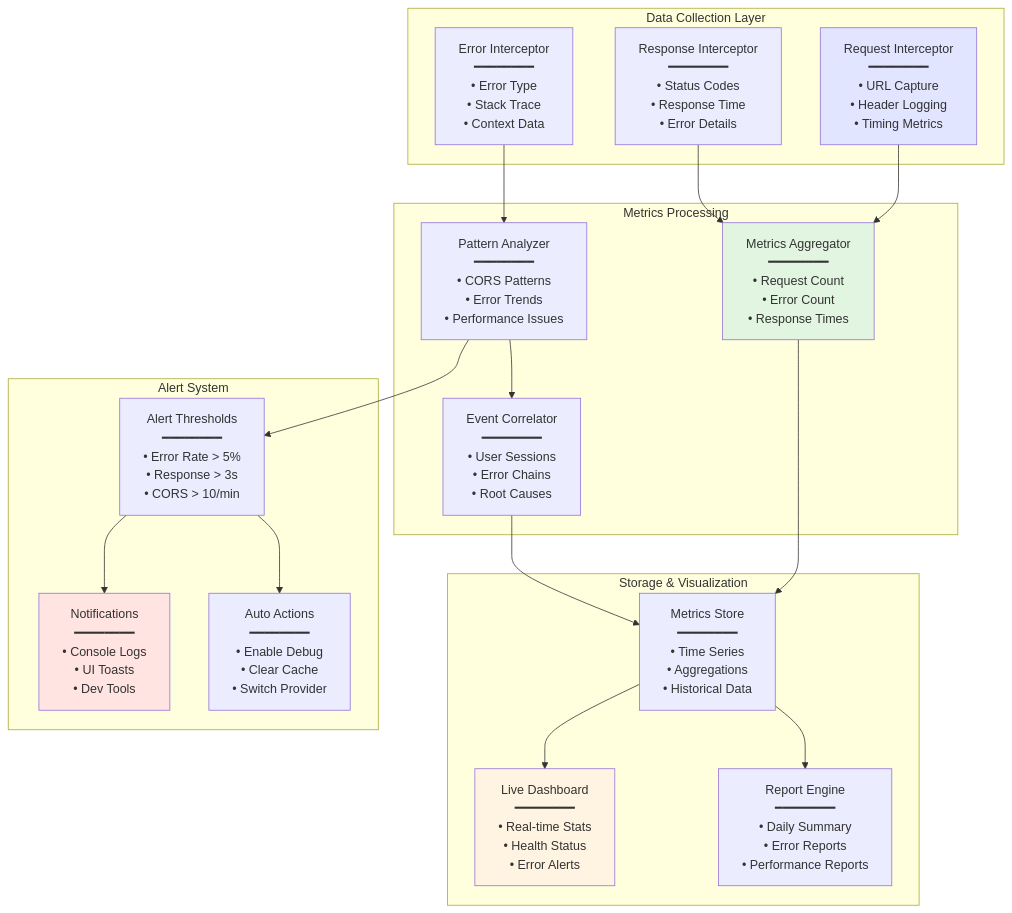
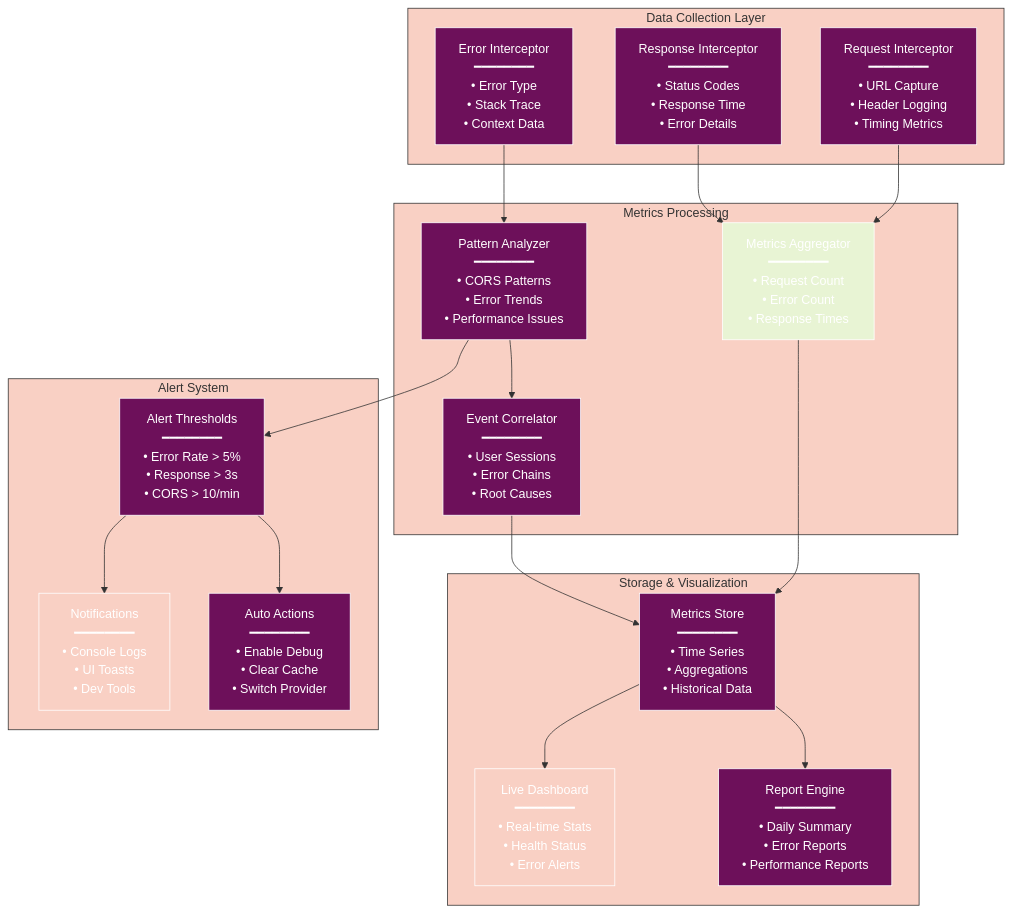
Before and after one commit to radicalkjax/Athena: diagram 15 of 22 in docs/API_CORS_HANDLING.md, drawn with Mermaid. The commit also changed other lines of this file and 27 other files, not shown here.

Commit message:
Introduction of expo package manager. Updated docs to reflect changes. Unified mermaid theme for docs.

````diff
--- a/docs/API_CORS_HANDLING.md
+++ b/docs/API_CORS_HANDLING.md
@@ -853,46 +1147,67 @@
 ```mermaid
+%%{init: {
+  'theme': 'base',
+  'themeVariables': {
+    'primaryColor': '#6d105a',
+    'primaryTextColor': '#ffffff',
+    'primaryBorderColor': '#ffffff',
+    'lineColor': '#333333',
+    'secondaryColor': '#e8f4d4',
+    'secondaryTextColor': '#333333',
+    'secondaryBorderColor': '#333333',
+    'tertiaryColor': '#f9d0c4',
+    'tertiaryTextColor': '#333333',
+    'tertiaryBorderColor': '#333333',
+    'background': '#ffffff',
+    'mainBkg': '#6d105a',
+    'secondBkg': '#e8f4d4',
+    'tertiaryBkg': '#f9d0c4',
+    'textColor': '#333333',
+    'fontFamily': 'Arial, sans-serif'
+  }
+}}%%
 graph TB
     subgraph "Data Collection Layer"
         ReqInt[Request Interceptor<br/>━━━━━━━━<br/>• URL Capture<br/>• Header Logging<br/>• Timing Metrics]
         ResInt[Response Interceptor<br/>━━━━━━━━<br/>• Status Codes<br/>• Response Time<br/>• Error Details]
         ErrorInt[Error Interceptor<br/>━━━━━━━━<br/>• Error Type<br/>• Stack Trace<br/>• Context Data]
     end
     
     subgraph "Metrics Processing"
         Aggregator[Metrics Aggregator<br/>━━━━━━━━<br/>• Request Count<br/>• Error Count<br/>• Response Times]
         Analyzer[Pattern Analyzer<br/>━━━━━━━━<br/>• CORS Patterns<br/>• Error Trends<br/>• Performance Issues]
         Correlator[Event Correlator<br/>━━━━━━━━<br/>• User Sessions<br/>• Error Chains<br/>• Root Causes]
     end
     
     subgraph "Storage & Visualization"
         MetricsDB[Metrics Store<br/>━━━━━━━━<br/>• Time Series<br/>• Aggregations<br/>• Historical Data]
         Dashboard[Live Dashboard<br/>━━━━━━━━<br/>• Real-time Stats<br/>• Health Status<br/>• Error Alerts]
         Reports[Report Engine<br/>━━━━━━━━<br/>• Daily Summary<br/>• Error Reports<br/>• Performance Reports]
     end
     
     subgraph "Alert System"
         Thresholds[Alert Thresholds<br/>━━━━━━━━<br/>• Error Rate > 5%<br/>• Response > 3s<br/>• CORS > 10/min]
         Notifications[Notifications<br/>━━━━━━━━<br/>• Console Logs<br/>• UI Toasts<br/>• Dev Tools]
         Actions[Auto Actions<br/>━━━━━━━━<br/>• Enable Debug<br/>• Clear Cache<br/>• Switch Provider]
     end
     
     ReqInt --> Aggregator
     ResInt --> Aggregator
     ErrorInt --> Analyzer
     
     Aggregator --> MetricsDB
     Analyzer --> Correlator
     Correlator --> MetricsDB
     
     MetricsDB --> Dashboard
     MetricsDB --> Reports
     
     Analyzer --> Thresholds
     Thresholds --> Notifications
     Thresholds --> Actions
     
-    style ReqInt fill:#e1e5ff
-    style Aggregator fill:#e1f5e1
-    style Dashboard fill:#fff4e1
-    style Notifications fill:#ffe4e1
+    style ReqInt fill:#6d105a
+    style Aggregator fill:#e8f4d4
+    style Dashboard fill:#f9d0c4
+    style Notifications fill:#f9d0c4
 ```
````
